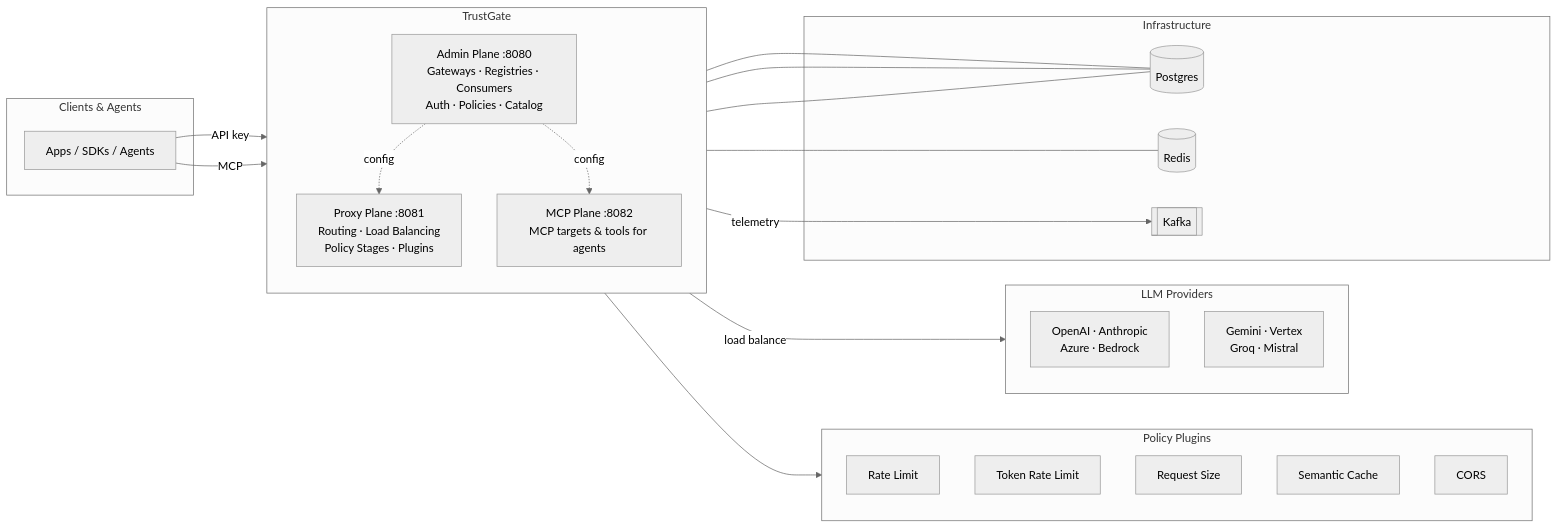
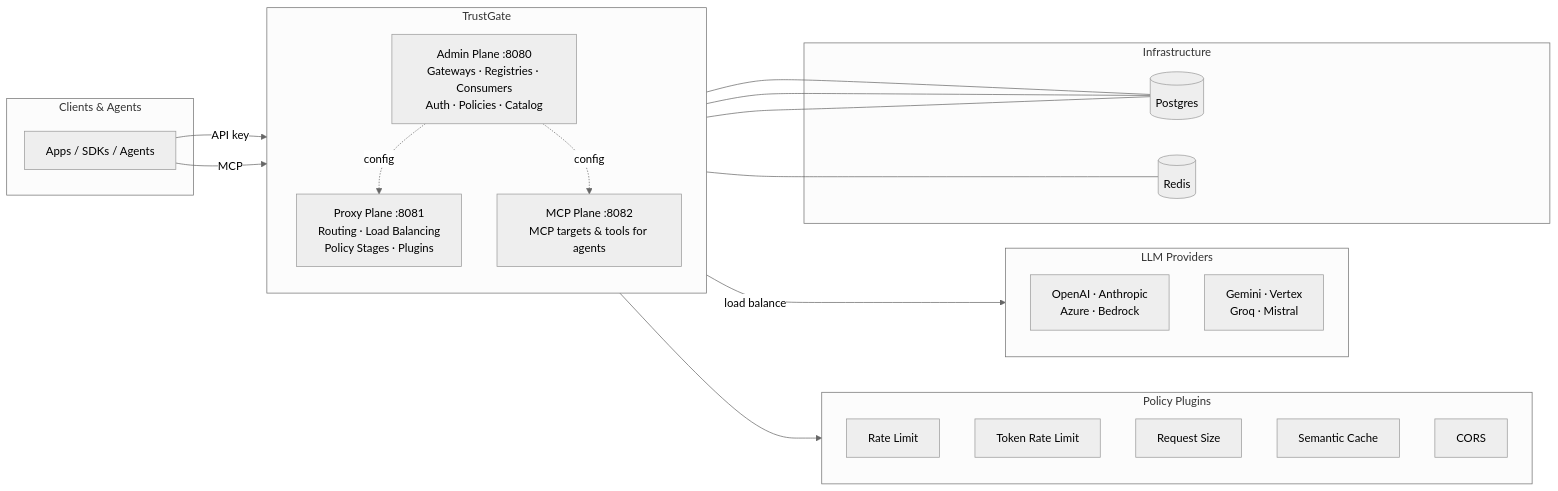
Before and after one commit to NeuralTrust/TrustGate: the diagram in README.md, drawn with Mermaid (neutral theme). The commit also changed other lines of this file and 14 other files, not shown here.

````diff
--- a/README.md
+++ b/README.md
@@ -177,44 +179,42 @@
 ```mermaid
 flowchart LR
     subgraph Clients["Clients & Agents"]
         APP["Apps / SDKs / Agents"]
     end
 
     subgraph AG["TrustGate"]
         direction TB
         ADMIN["Admin Plane :8080\nGateways · Registries · Consumers\nAuth · Policies · Catalog"]
         PROXY["Proxy Plane :8081\nRouting · Load Balancing\nPolicy Stages · Plugins"]
         MCP["MCP Plane :8082\nMCP targets & tools for agents"]
     end
 
     subgraph Plugins["Policy Plugins"]
         RL["Rate Limit"]
         TRL["Token Rate Limit"]
         RS["Request Size"]
         SC["Semantic Cache"]
         CORS["CORS"]
     end
 
     subgraph Providers["LLM Providers"]
         P1["OpenAI · Anthropic\nAzure · Bedrock"]
         P2["Gemini · Vertex\nGroq · Mistral"]
     end
 
     subgraph Infra["Infrastructure"]
         PG[("Postgres")]
         RD[("Redis")]
-        KFK[["Kafka"]]
     end
 
     APP -->|API key| PROXY
     APP -->|MCP| MCP
     PROXY --> Plugins
     PROXY -->|load balance| Providers
     ADMIN -. config .-> PROXY
     ADMIN -. config .-> MCP
     ADMIN --- PG
     PROXY --- PG
     PROXY --- RD
     MCP --- PG
-    PROXY -->|telemetry| KFK
 ```
````
